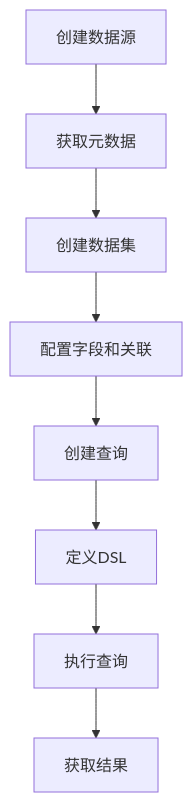
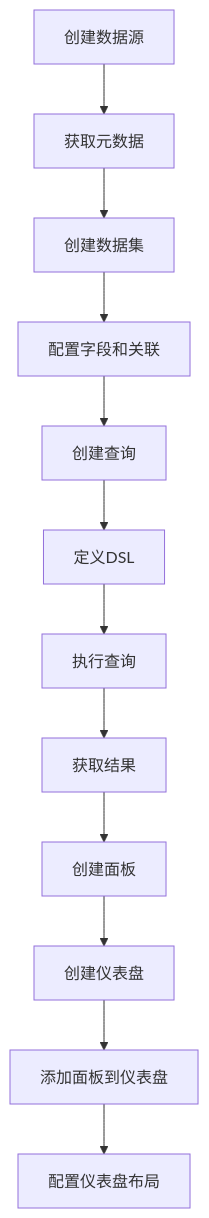
The eighth of 8 diagrams in apps/server/docs/server.md (Syedar-root/seedar), drawn with Mermaid before and after one commit. The commit also changed other lines of this file and 6 other files, not shown here.

````diff
--- a/apps/server/docs/server.md
+++ b/apps/server/docs/server.md
@@ -930,10 +1025,14 @@
 ```mermaid
 flowchart TD
     A[创建数据源] --> B[获取元数据]
     B --> C[创建数据集]
     C --> D[配置字段和关联]
     D --> E[创建查询]
     E --> F[定义DSL]
     F --> G[执行查询]
     G --> H[获取结果]
+    H --> I[创建面板]
+    I --> J[创建仪表盘]
+    J --> K[添加面板到仪表盘]
+    K --> L[配置仪表盘布局]
 ```
````
